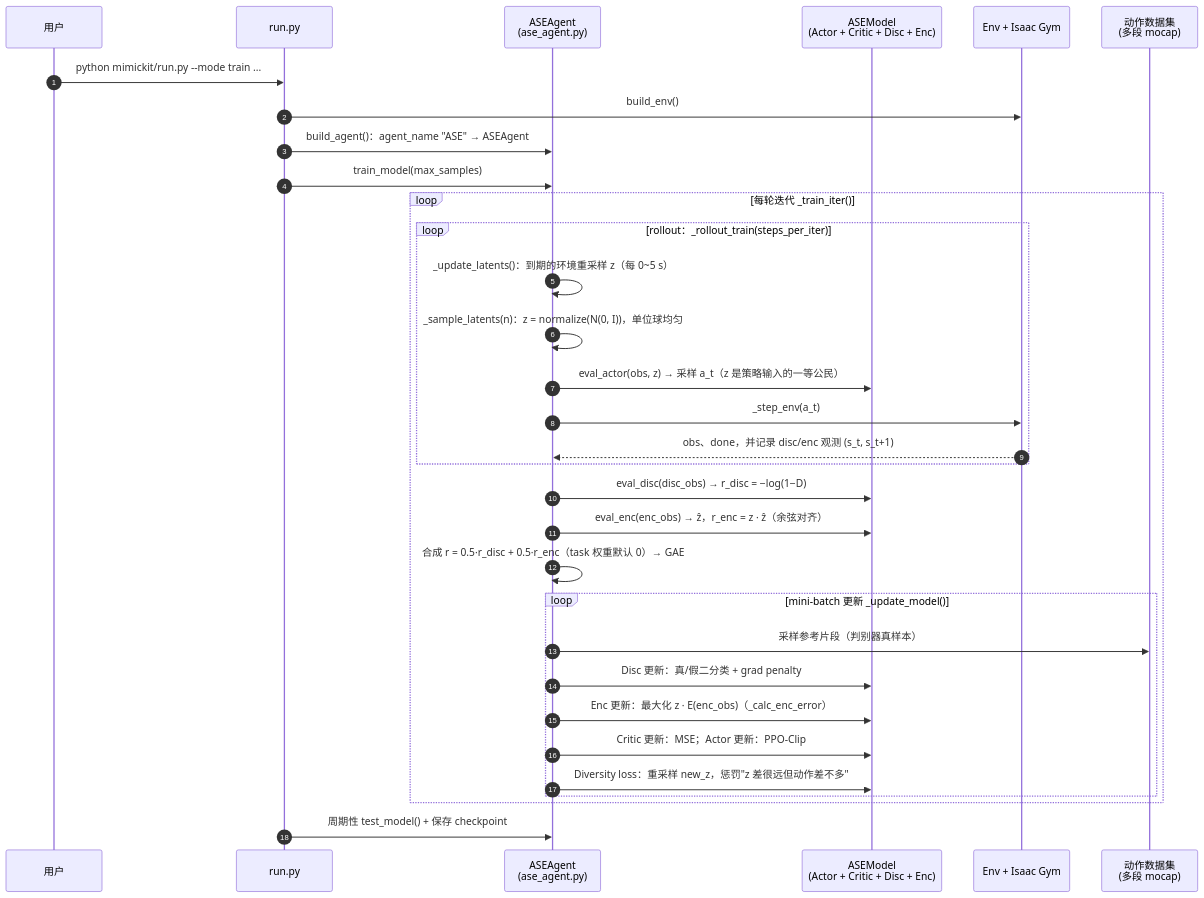
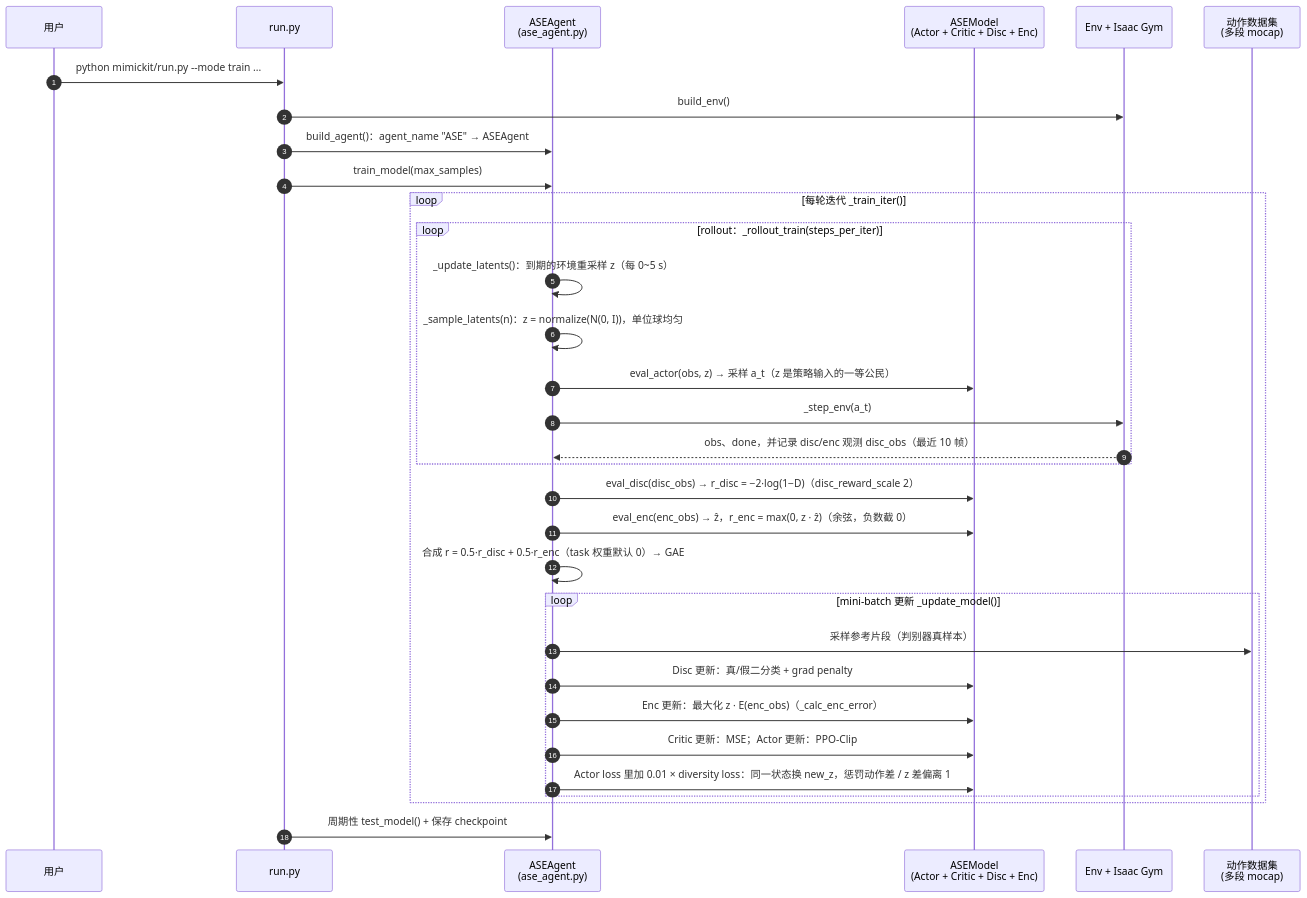
Before and after one commit to ImChong/Robot_Learning_Paper_Notebooks: the seventh of 7 diagrams in papers/01_Foundational_RL/ASE_Adversarial_Skill_Embeddings_for_Large-Scale_Motion_Control/ASE_Adversarial_Skill_Embeddings_for_Large-Scale_Motion_Control.md, drawn with Mermaid. The commit also changed other lines of this file and 3 other files, not shown here.

```diff
--- a/papers/01_Foundational_RL/ASE_Adversarial_Skill_Embeddings_for_Large-Scale_Motion_Control/ASE_Adversarial_Skill_Embeddings_for_Large-Scale_Motion_Control.md
+++ b/papers/01_Foundational_RL/ASE_Adversarial_Skill_Embeddings_for_Large-Scale_Motion_Control/ASE_Adversarial_Skill_Embeddings_for_Large-Scale_Motion_Control.md
@@ -586,34 +590,34 @@
 <div class="mermaid">
 sequenceDiagram
     autonumber
     participant U as 用户
     participant R as run.py
     participant AG as ASEAgent<br/>(ase_agent.py)
     participant M as ASEModel<br/>(Actor + Critic + Disc + Enc)
     participant E as Env + Isaac Gym
     participant D as 动作数据集<br/>(多段 mocap)
     U->>R: python mimickit/run.py --mode train ...
     R->>E: build_env()
     R->>AG: build_agent()：agent_name "ASE" → ASEAgent
     R->>AG: train_model(max_samples)
     loop 每轮迭代 _train_iter()
         loop rollout：_rollout_train(steps_per_iter)
             AG->>AG: _update_latents()：到期的环境重采样 z（每 0~5 s）
             AG->>AG: _sample_latents(n)：z = normalize(N(0, I))，单位球均匀
             AG->>M: eval_actor(obs, z) → 采样 a_t（z 是策略输入的一等公民）
             AG->>E: _step_env(a_t)
-            E-->>AG: obs、done，并记录 disc/enc 观测 (s_t, s_t+1)
+            E-->>AG: obs、done，并记录 disc/enc 观测 disc_obs（最近 10 帧）
         end
-        AG->>M: eval_disc(disc_obs) → r_disc = −log(1−D)
-        AG->>M: eval_enc(enc_obs) → ẑ，r_enc = z · ẑ（余弦对齐）
+        AG->>M: eval_disc(disc_obs) → r_disc = −2·log(1−D)（disc_reward_scale 2）
+        AG->>M: eval_enc(enc_obs) → ẑ，r_enc = max(0, z · ẑ)（余弦，负数截 0）
         AG->>AG: 合成 r = 0.5·r_disc + 0.5·r_enc（task 权重默认 0）→ GAE
         loop mini-batch 更新 _update_model()
             AG->>D: 采样参考片段（判别器真样本）
             AG->>M: Disc 更新：真/假二分类 + grad penalty
             AG->>M: Enc 更新：最大化 z · E(enc_obs)（_calc_enc_error）
             AG->>M: Critic 更新：MSE；Actor 更新：PPO-Clip
-            AG->>M: Diversity loss：重采样 new_z，惩罚"z 差很远但动作差不多"
+            AG->>M: Actor loss 里加 0.01 × diversity loss：同一状态换 new_z，惩罚动作差 / z 差偏离 1
         end
     end
     R->>AG: 周期性 test_model() + 保存 checkpoint
 </div>
```
